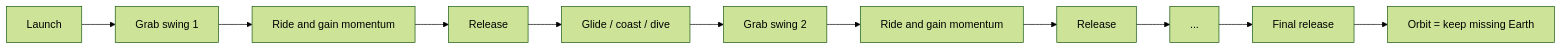
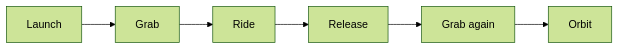
Before and after one commit to PaulTiffany/SpaceDonkey: the diagram in README.md, drawn with Mermaid (forest theme). The commit also changed other lines of this file, not shown here.

````diff
--- a/README.md
+++ b/README.md
@@ -19,13 +40,8 @@
 ```mermaid
 flowchart LR
-    A[Launch] --> B[Grab swing 1]
-    B --> C[Ride and gain momentum]
+    A[Launch] --> B[Grab]
+    B --> C[Ride]
     C --> D[Release]
-    D --> E[Glide / coast / dive]
-    E --> F[Grab swing 2]
-    F --> G[Ride and gain momentum]
-    G --> H[Release]
-    H --> I[...]
-    I --> J[Final release]
-    J --> K[Orbit = keep missing Earth]
+    D --> E[Grab again]
+    E --> F[Orbit]
 ```
````
